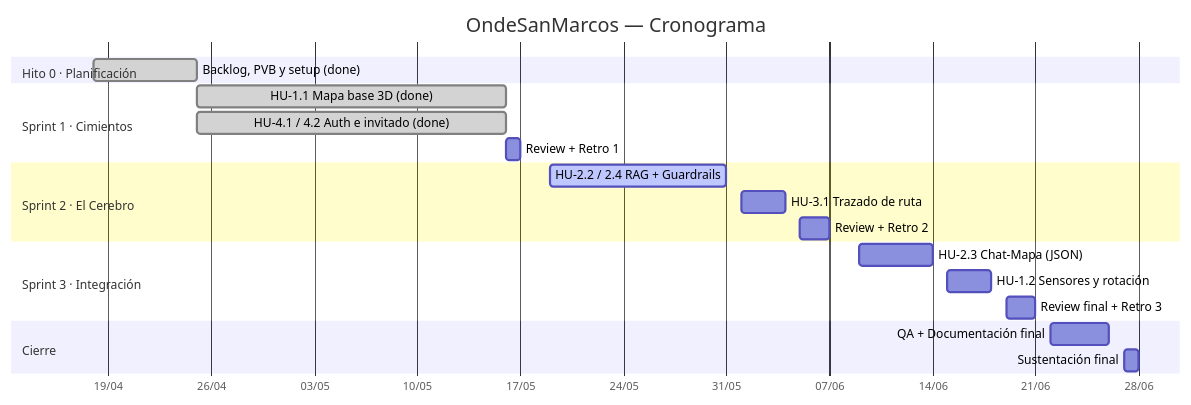
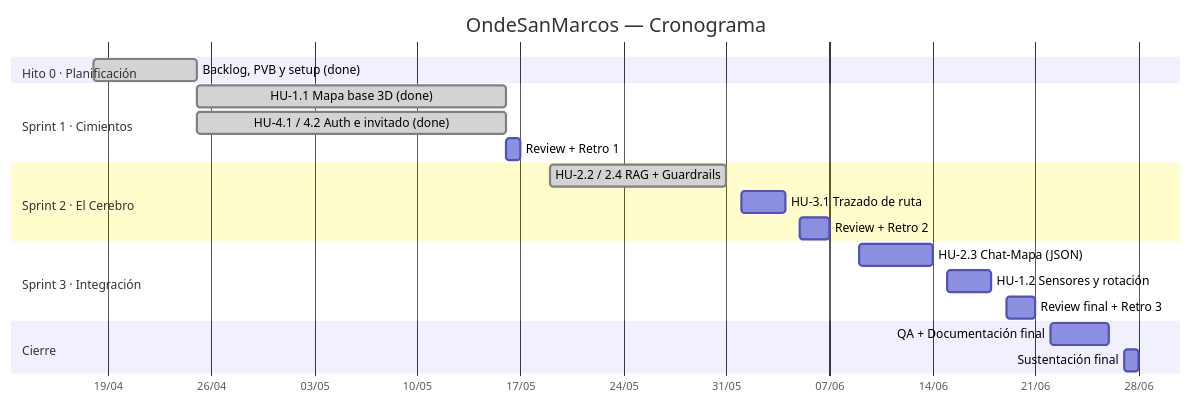
Before and after one commit to frank777ch/OndeSanMarcos: the second of 2 diagrams in documents/06-backlog-y-roadmap.md, drawn with Mermaid. The commit also changed other lines of this file and 2 other files, not shown here.

Commit message:
docs: mark RAG/pgvector done and frontend wired in planning, flows, backlog

````diff
--- a/documents/06-backlog-y-roadmap.md
+++ b/documents/06-backlog-y-roadmap.md
@@ -90,28 +90,28 @@
 ```mermaid
 gantt
     title OndeSanMarcos — Cronograma
     dateFormat YYYY-MM-DD
     axisFormat %d/%m
 
     section Hito 0 · Planificación
     Backlog, PVB y setup (done)        :done, h0, 2026-04-18, 2026-04-25
 
     section Sprint 1 · Cimientos
     HU-1.1 Mapa base 3D (done)         :done, s11, 2026-04-25, 2026-05-16
     HU-4.1 / 4.2 Auth e invitado (done):done, s12, 2026-04-25, 2026-05-16
     Review + Retro 1                   :s13, 2026-05-16, 2026-05-17
 
     section Sprint 2 · El Cerebro
-    HU-2.2 / 2.4 RAG + Guardrails      :active, s21, 2026-05-19, 2026-05-31
+    HU-2.2 / 2.4 RAG + Guardrails      :done, s21, 2026-05-19, 2026-05-31
     HU-3.1 Trazado de ruta             :s22, 2026-06-01, 2026-06-04
     Review + Retro 2                   :s23, 2026-06-05, 2026-06-07
 
     section Sprint 3 · Integración
     HU-2.3 Chat-Mapa (JSON)            :s31, 2026-06-09, 2026-06-14
     HU-1.2 Sensores y rotación         :s32, 2026-06-15, 2026-06-18
     Review final + Retro 3             :s33, 2026-06-19, 2026-06-21
 
     section Cierre
     QA + Documentación final           :c1, 2026-06-22, 2026-06-26
     Sustentación final                 :c2, 2026-06-27, 2026-06-28
 ```
````
